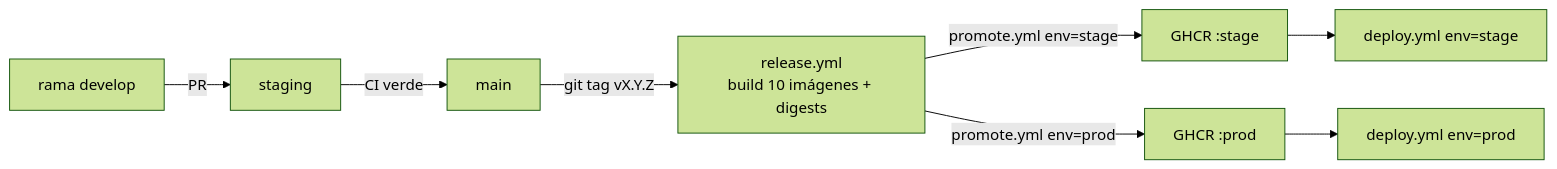
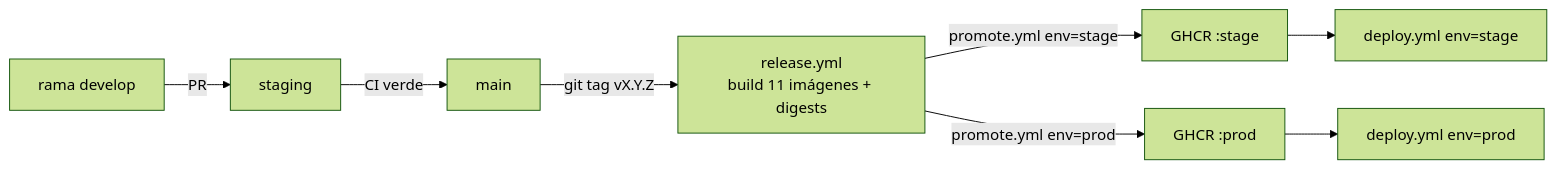
One commit to xozan845-ctrl/core-engine changed the diagram in .github/README.md. Above: the diagram before and after it, drawn with Mermaid (forest theme). The commit also changed other lines of this file and 13 other files, not shown here.

````diff
--- a/.github/README.md
+++ b/.github/README.md
@@ -37,10 +37,10 @@
 ```mermaid
 flowchart LR
     A[rama develop] -->|PR| B[staging]
     B -->|CI verde| C[main]
-    C -->|git tag vX.Y.Z| R["release.yml\nbuild 10 imágenes + digests"]
+    C -->|git tag vX.Y.Z| R["release.yml\nbuild 11 imágenes + digests"]
     R -->|"promote.yml env=stage"| S["GHCR :stage"]
     R -->|"promote.yml env=prod"| P["GHCR :prod"]
     S --> DX["deploy.yml env=stage"]
     P --> DP["deploy.yml env=prod"]
 ```
````
